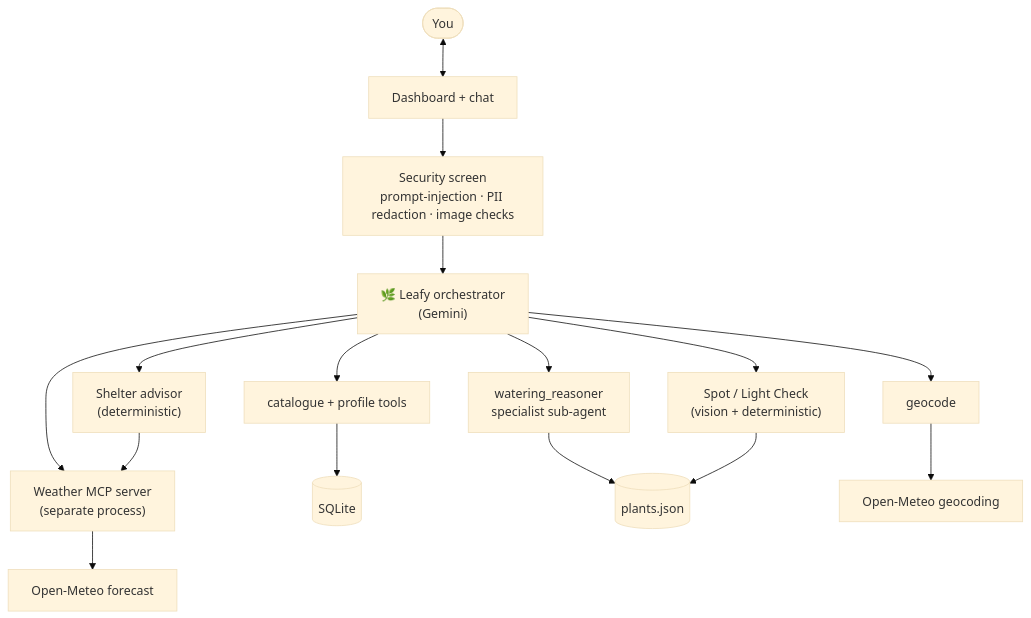
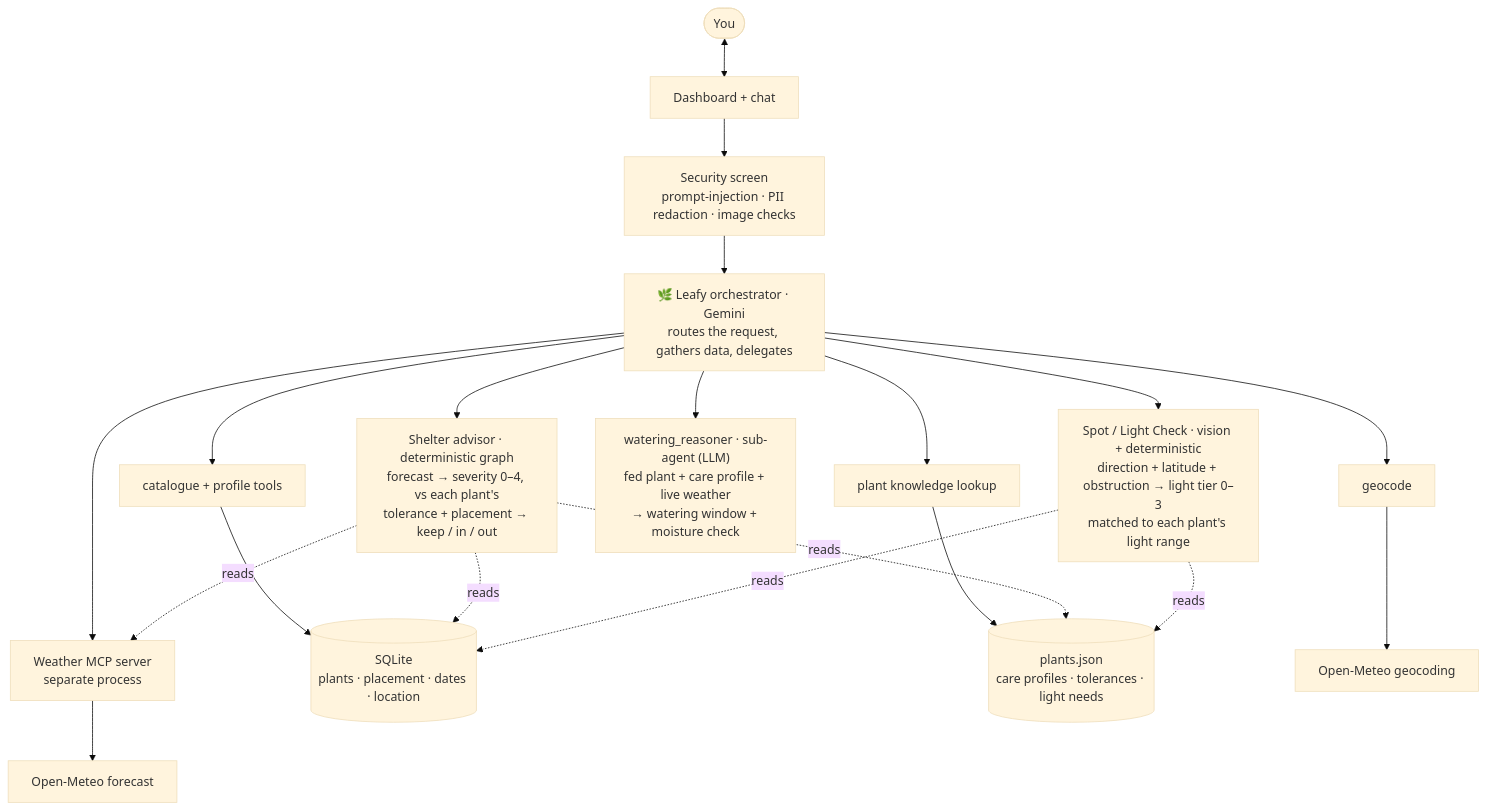
The diagram in README.md (kartikeya-rana/leafy), drawn with Mermaid (base theme) before and after one commit. The commit also changed other lines of this file, not shown here.

Commit message:
Correct architecture diagram to reflect real data flows

````diff
--- a/README.md
+++ b/README.md
@@ -43,20 +43,28 @@
 ```mermaid
 flowchart TD
     You([You]) <--> UI[Dashboard + chat]
     UI --> Guard["Security screen<br/>prompt-injection · PII redaction · image checks"]
-    Guard --> Leafy["🌿 Leafy orchestrator<br/>(Gemini)"]
+    Guard --> Leafy["🌿 Leafy orchestrator · Gemini<br/>routes the request, gathers data, delegates"]
 
-    Leafy --> WR["watering_reasoner<br/>specialist sub-agent"]
-    Leafy --> SH["Shelter advisor<br/>(deterministic)"]
-    Leafy --> SP["Spot / Light Check<br/>(vision + deterministic)"]
+    %% Data-access tools the orchestrator owns
     Leafy --> CAT["catalogue + profile tools"]
+    Leafy --> KBT["plant knowledge lookup"]
     Leafy --> GEO["geocode"]
-    Leafy --> MCP["Weather MCP server<br/>(separate process)"]
-
-    CAT --> DB[("SQLite")]
-    WR --> KB[("plants.json")]
-    SP --> KB
-    SH --> MCP
+    Leafy --> MCP["Weather MCP server<br/>separate process"]
+    CAT --> DB[("SQLite<br/>plants · placement · dates · location")]
+    KBT --> KB[("plants.json<br/>care profiles · tolerances · light needs")]
     GEO --> OM1["Open-Meteo geocoding"]
     MCP --> OM2["Open-Meteo forecast"]
+
+    %% Capabilities
+    Leafy --> WR["watering_reasoner · sub-agent (LLM)<br/>fed plant + care profile + live weather<br/>→ watering window + moisture check"]
+    Leafy --> SH["Shelter advisor · deterministic graph<br/>forecast → severity 0–4, vs each plant's<br/>tolerance + placement → keep / in / out"]
+    Leafy --> SP["Spot / Light Check · vision + deterministic<br/>direction + latitude + obstruction → light tier 0–3<br/>matched to each plant's light range"]
+
+    %% What the self-contained deterministic capabilities read for themselves
+    SH -. reads .-> DB
+    SH -. reads .-> KB
+    SH -. reads .-> MCP
+    SP -. reads .-> DB
+    SP -. reads .-> KB
 ```
````
